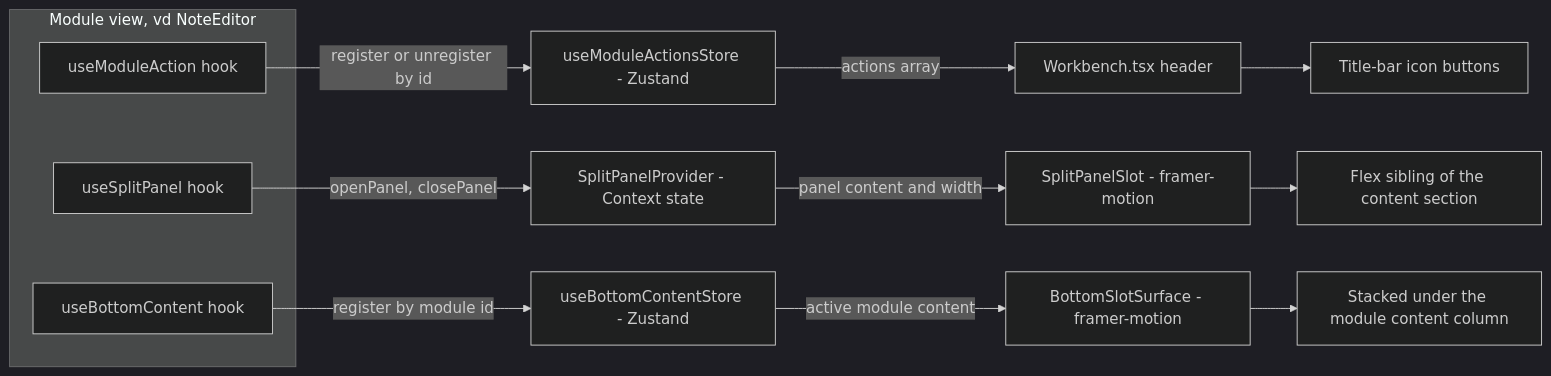
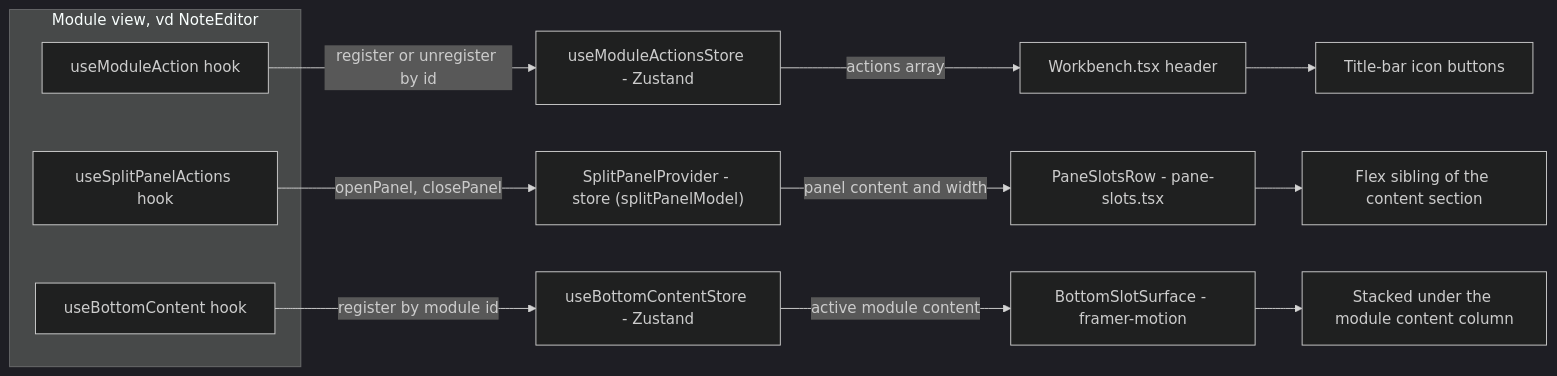
Before and after one commit to syurodev/dev-kit: the diagram in docs/dev-kit/shell-primitives.mdx, drawn with Mermaid (dark theme). The commit also changed other lines of this file and 4 other files, not shown here.

````diff
--- a/docs/dev-kit/shell-primitives.mdx
+++ b/docs/dev-kit/shell-primitives.mdx
@@ -35,17 +35,17 @@
 ```mermaid
 flowchart LR
   subgraph Module["Module view, vd NoteEditor"]
     UMA["useModuleAction hook"]
-    USP["useSplitPanel hook"]
+    USP["useSplitPanelActions hook"]
     UBC["useBottomContent hook"]
   end
   UMA -->|register or unregister by id| MAS["useModuleActionsStore - Zustand"]
-  USP -->|openPanel, closePanel| SPP["SplitPanelProvider - Context state"]
+  USP -->|openPanel, closePanel| SPP["SplitPanelProvider - store (splitPanelModel)"]
   UBC -->|register by module id| BCS["useBottomContentStore - Zustand"]
   MAS -->|actions array| WB["Workbench.tsx header"]
-  SPP -->|panel content and width| SPS["SplitPanelSlot - framer-motion"]
+  SPP -->|panel content and width| SPS["PaneSlotsRow - pane-slots.tsx"]
   BCS -->|active module content| BSS["BottomSlotSurface - framer-motion"]
   WB --> TitleBar["Title-bar icon buttons"]
   SPS --> Pane["Flex sibling of the content section"]
   BSS --> Under["Stacked under the module content column"]
 ```
````
